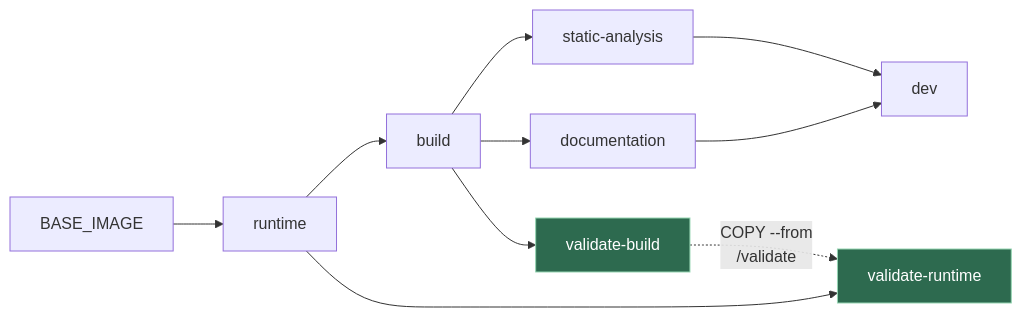
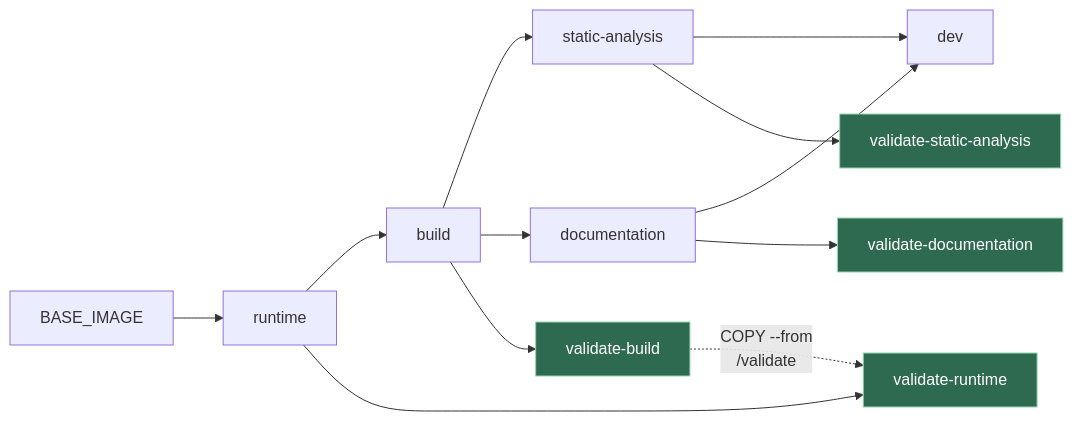
One commit to GuillaumeDua/cpp-toolchain changed the first of 3 diagrams in docs/IMAGES_VALIDATION.md. Above: the diagram before and after it, drawn with Mermaid. The commit also changed other lines of this file and 3 other files, not shown here.

````diff
--- a/docs/IMAGES_VALIDATION.md
+++ b/docs/IMAGES_VALIDATION.md
@@ -67,16 +68,18 @@
 ```mermaid
 graph LR
     base["BASE_IMAGE"] --> runtime
     runtime --> build
     build --> sa["static-analysis"]
     build --> doc["documentation"]
     sa --> dev
     doc --> dev
 
     build --> vb["validate-build"]
     runtime --> vr["validate-runtime"]
+    sa --> vsa["validate-static-analysis"]
+    doc --> vdoc["validate-documentation"]
     vb -. "COPY --from<br/>/validate" .-> vr
 
     classDef gate fill:#2d6a4f,stroke:#95d5b2,color:#ffffff
-    class vb,vr gate
+    class vb,vr,vsa,vdoc gate
 ```
````
